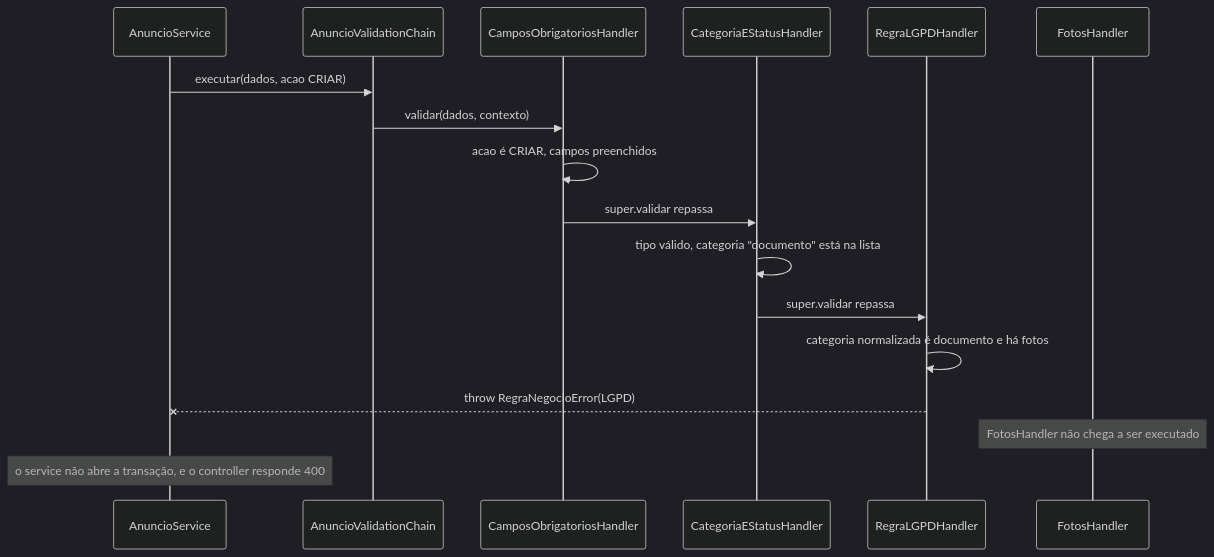
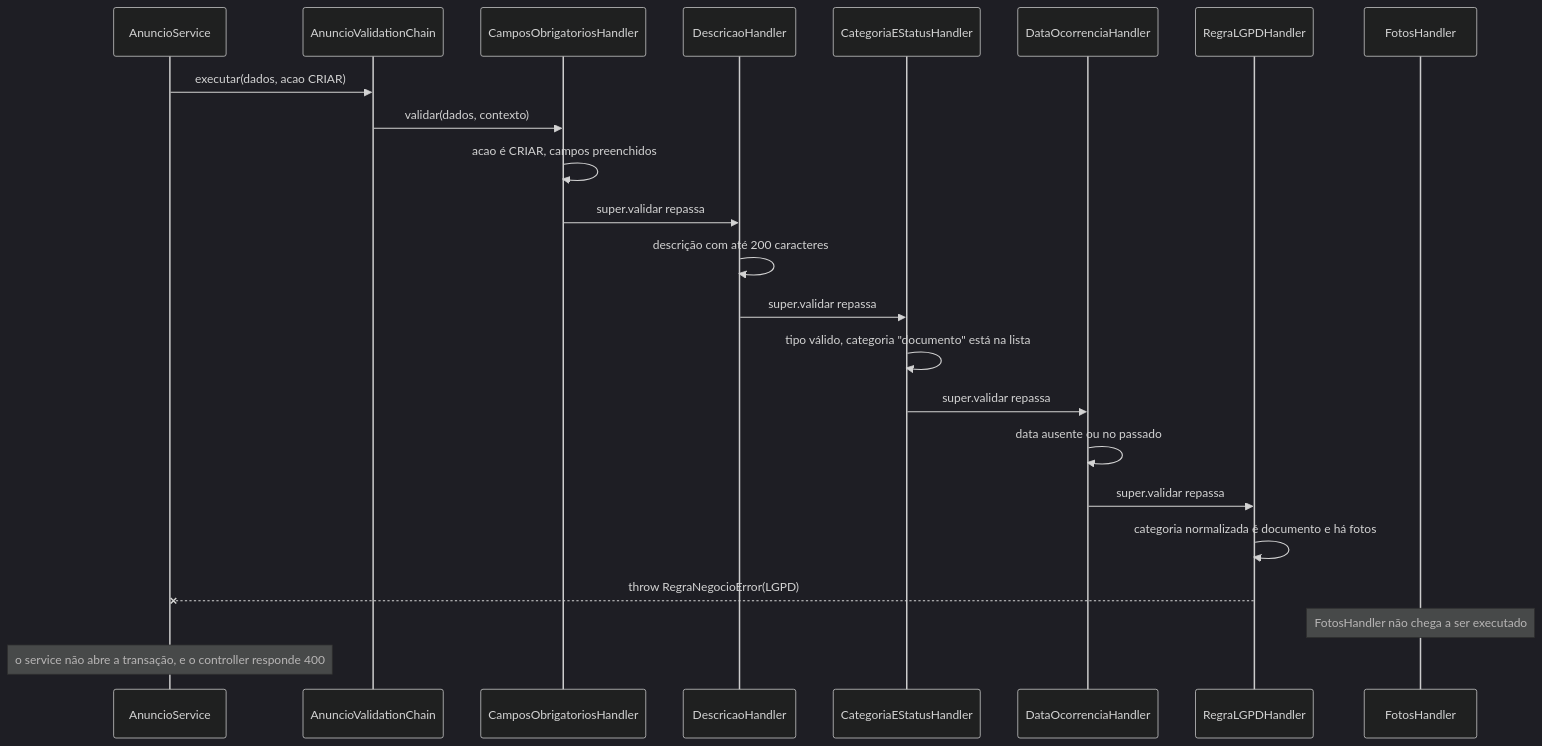
One commit to Matheus-Castro-Paula/Radar-UFLA changed the second of 2 diagrams in docs/padroes/padroes-de-projeto.md. Above: the diagram before and after it, drawn with Mermaid (dark theme). The commit also changed other lines of this file and 2 other files, not shown here.

First line of the commit message:
docs(modelagem): inclui DescricaoHandler e sequência de detalhes e contato

````diff
--- a/docs/padroes/padroes-de-projeto.md
+++ b/docs/padroes/padroes-de-projeto.md
@@ -164,20 +169,26 @@
 ```mermaid
 sequenceDiagram
     participant S as AnuncioService
     participant C as AnuncioValidationChain
     participant H1 as CamposObrigatoriosHandler
+    participant HD as DescricaoHandler
     participant H2 as CategoriaEStatusHandler
+    participant HO as DataOcorrenciaHandler
     participant H3 as RegraLGPDHandler
     participant H4 as FotosHandler
 
     S->>C: executar(dados, acao CRIAR)
     C->>H1: validar(dados, contexto)
     H1->>H1: acao é CRIAR, campos preenchidos
-    H1->>H2: super.validar repassa
+    H1->>HD: super.validar repassa
+    HD->>HD: descrição com até 200 caracteres
+    HD->>H2: super.validar repassa
     H2->>H2: tipo válido, categoria "documento" está na lista
-    H2->>H3: super.validar repassa
+    H2->>HO: super.validar repassa
+    HO->>HO: data ausente ou no passado
+    HO->>H3: super.validar repassa
     H3->>H3: categoria normalizada é documento e há fotos
     H3--xS: throw RegraNegocioError(LGPD)
     Note over H4: FotosHandler não chega a ser executado
     Note over S: o service não abre a transação, e o controller responde 400
 ```
````
